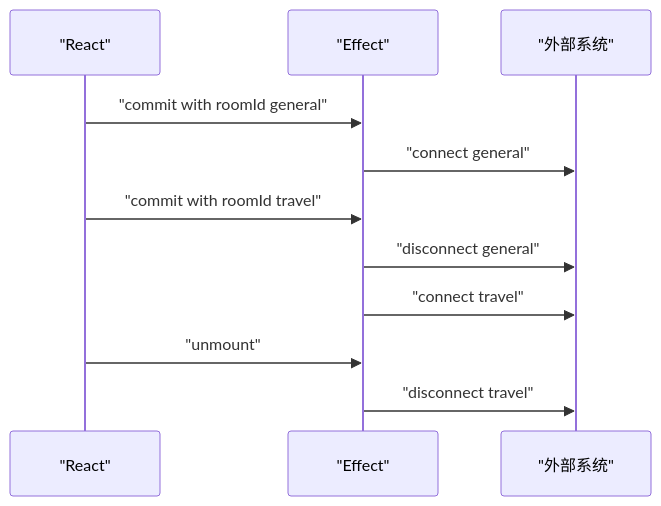
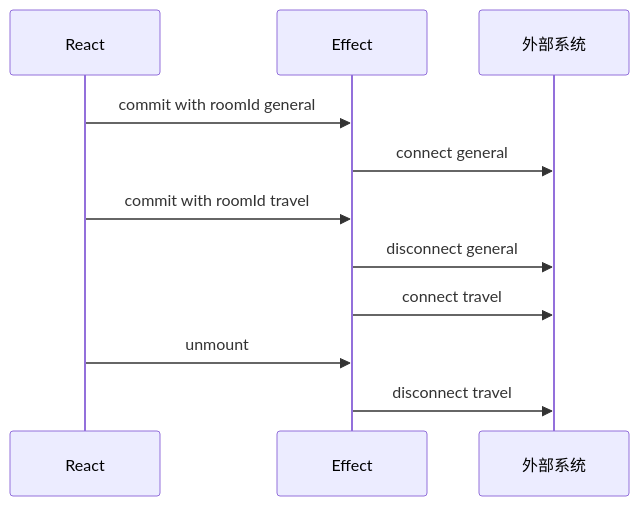
Before and after one commit to Shyu-x/frontend-interview: the fourth of 8 diagrams in docs/react/r19/effects-synchronization-model.md, drawn with Mermaid. The commit also changed other lines of this file and 23 other files, not shown here.

First line of the commit message:
fix(docs): 修复 28 张无法渲染的 Mermaid 图，新增真实解析器校验与 PDF 下载页

````diff
--- a/docs/react/r19/effects-synchronization-model.md
+++ b/docs/react/r19/effects-synchronization-model.md
@@ -411,13 +415,13 @@
 ```mermaid
 sequenceDiagram
-  participant R as "React"
-  participant E as "Effect"
-  participant S as "外部系统"
-  R->>E: "commit with roomId general"
-  E->>S: "connect general"
-  R->>E: "commit with roomId travel"
-  E->>S: "disconnect general"
-  E->>S: "connect travel"
-  R->>E: "unmount"
-  E->>S: "disconnect travel"
+  participant R as React
+  participant E as Effect
+  participant S as 外部系统
+  R->>E: commit with roomId general
+  E->>S: connect general
+  R->>E: commit with roomId travel
+  E->>S: disconnect general
+  E->>S: connect travel
+  R->>E: unmount
+  E->>S: disconnect travel
 ```
````
